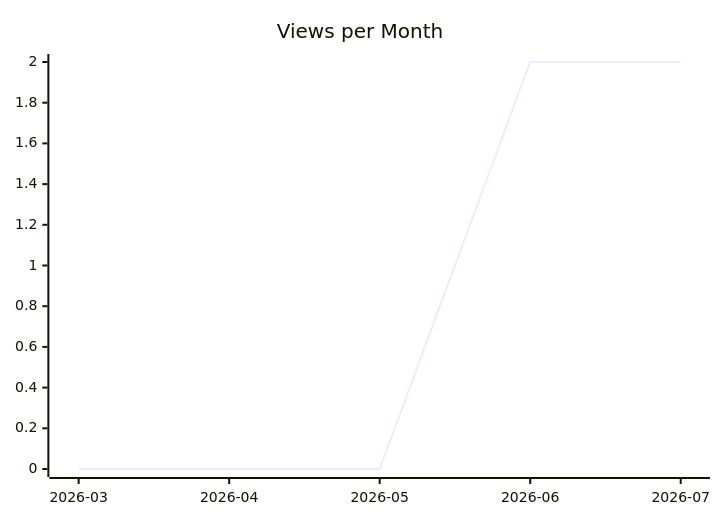
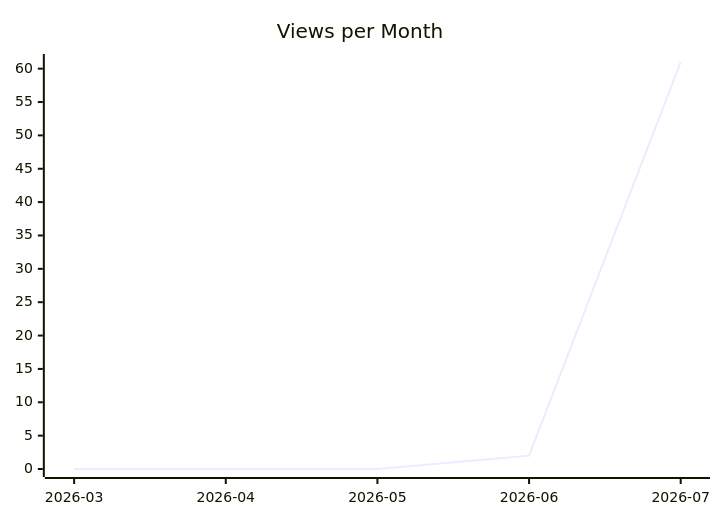
Before and after one commit to justdavis-family/github-analytics-data: the second of 3 diagrams in karlmdavis/dotfiles/README.md, drawn with Mermaid. The commit also changed other lines of this file and 198 other files, not shown here.

````diff
--- a/karlmdavis/dotfiles/README.md
+++ b/karlmdavis/dotfiles/README.md
@@ -12,6 +12,6 @@
 ```mermaid
 xychart-beta
   title "Views per Month"
   x-axis ["2026-03", "2026-04", "2026-05", "2026-06", "2026-07"]
-  line [0, 0, 0, 2, 2]
+  line [0, 0, 0, 2, 61]
 ```
````
